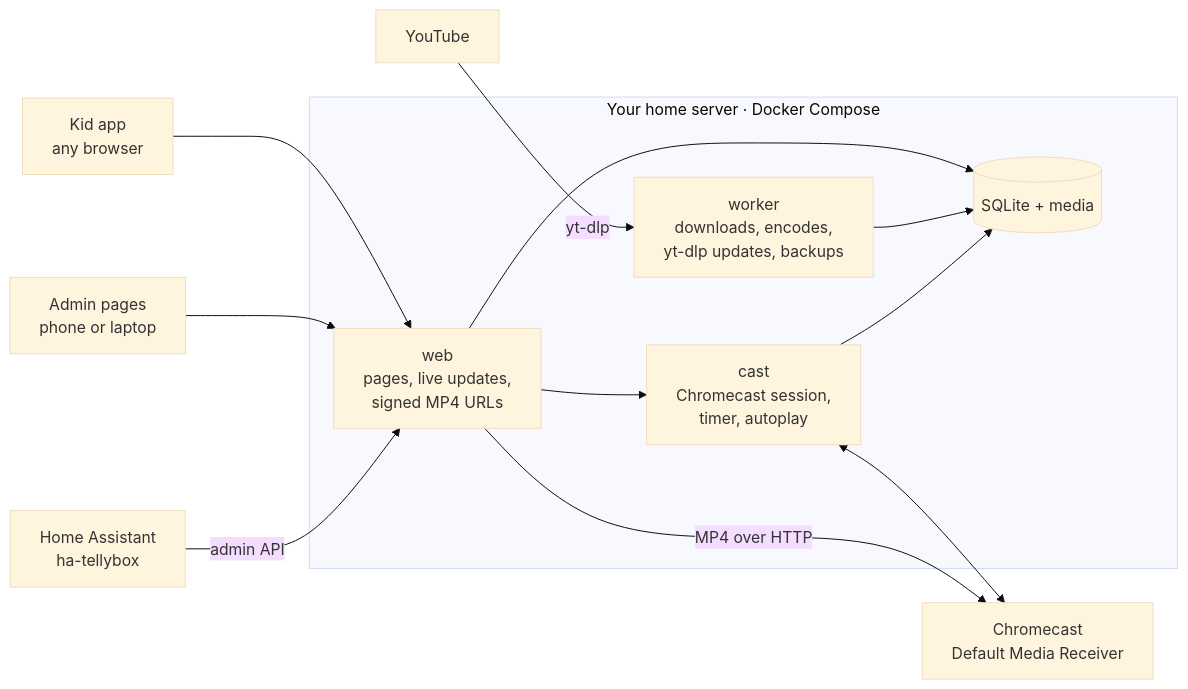
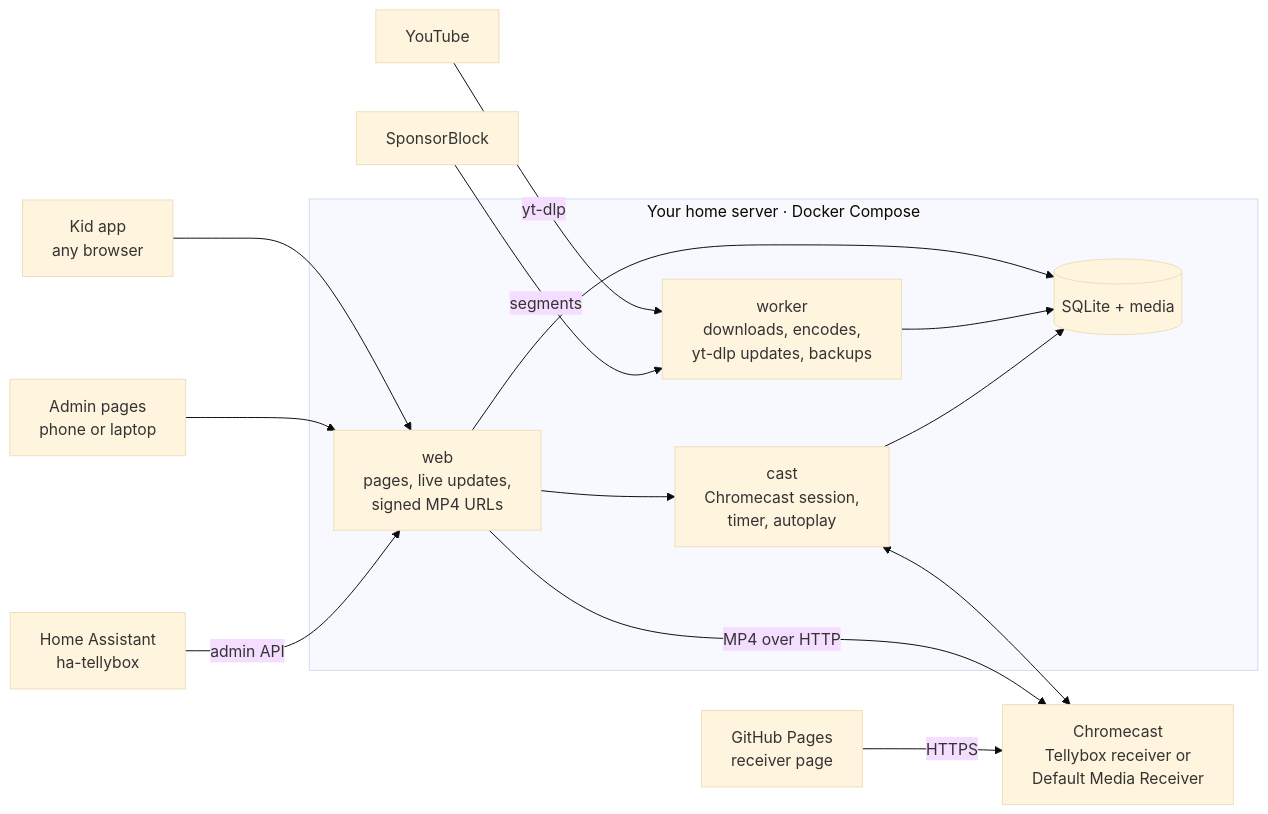
Before and after one commit to MattHodge/Tellybox: the diagram in README.md, drawn with Mermaid (base theme). The commit also changed other lines of this file and 1 other file, not shown here.

Commit message:
README and installation guide: SponsorBlock (v3) and the Tellybox receiver (v7) (#11)

````diff
--- a/README.md
+++ b/README.md
@@ -107,19 +120,21 @@
 ```mermaid
 flowchart LR
   kid[Kid app<br/>any browser] --> web
   admin[Admin pages<br/>phone or laptop] --> web
   ha[Home Assistant<br/>ha-tellybox] -- admin API --> web
   yt[YouTube] -- yt-dlp --> worker
+  sb[SponsorBlock] -- segments --> worker
   subgraph server[Your home server · Docker Compose]
     web[web<br/>pages, live updates,<br/>signed MP4 URLs]
     worker[worker<br/>downloads, encodes,<br/>yt-dlp updates, backups]
     cast[cast<br/>Chromecast session,<br/>timer, autoplay]
     store[(SQLite + media)]
     web --> cast
     web --> store
     worker --> store
     cast --> store
   end
-  cast <--> tv[Chromecast<br/>Default Media Receiver]
+  cast <--> tv[Chromecast<br/>Tellybox receiver or<br/>Default Media Receiver]
   web -- MP4 over HTTP --> tv
+  pages[GitHub Pages<br/>receiver page] -- HTTPS --> tv
 ```
````
